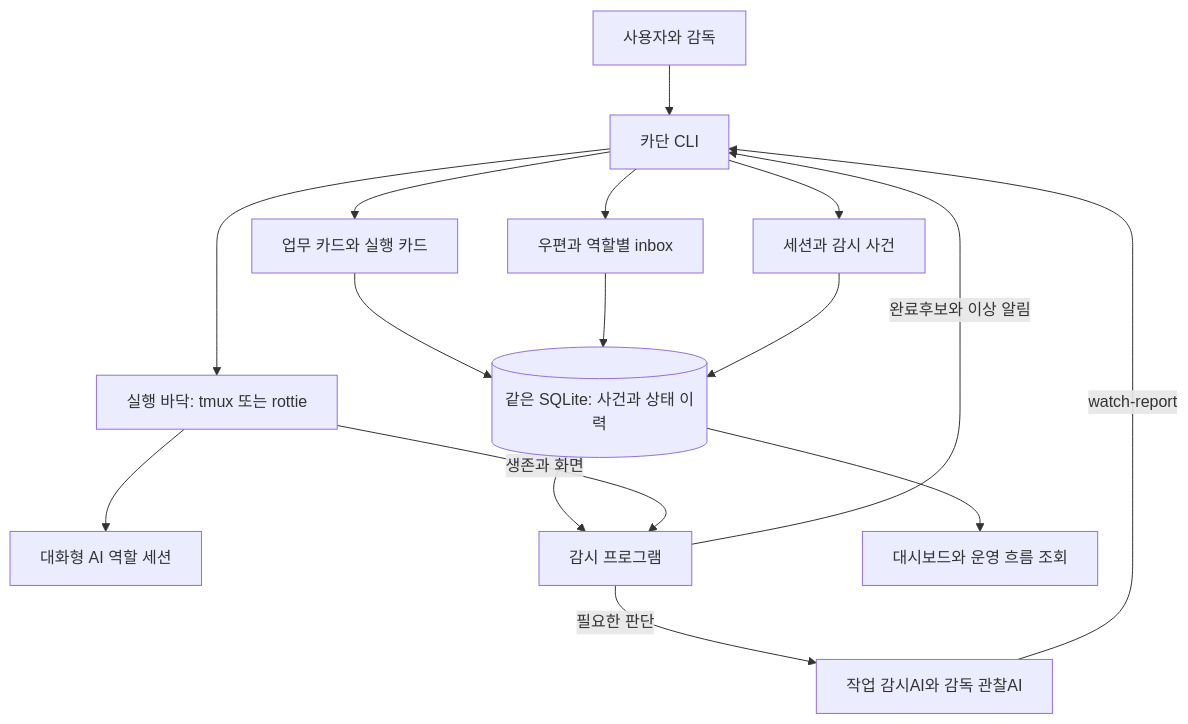
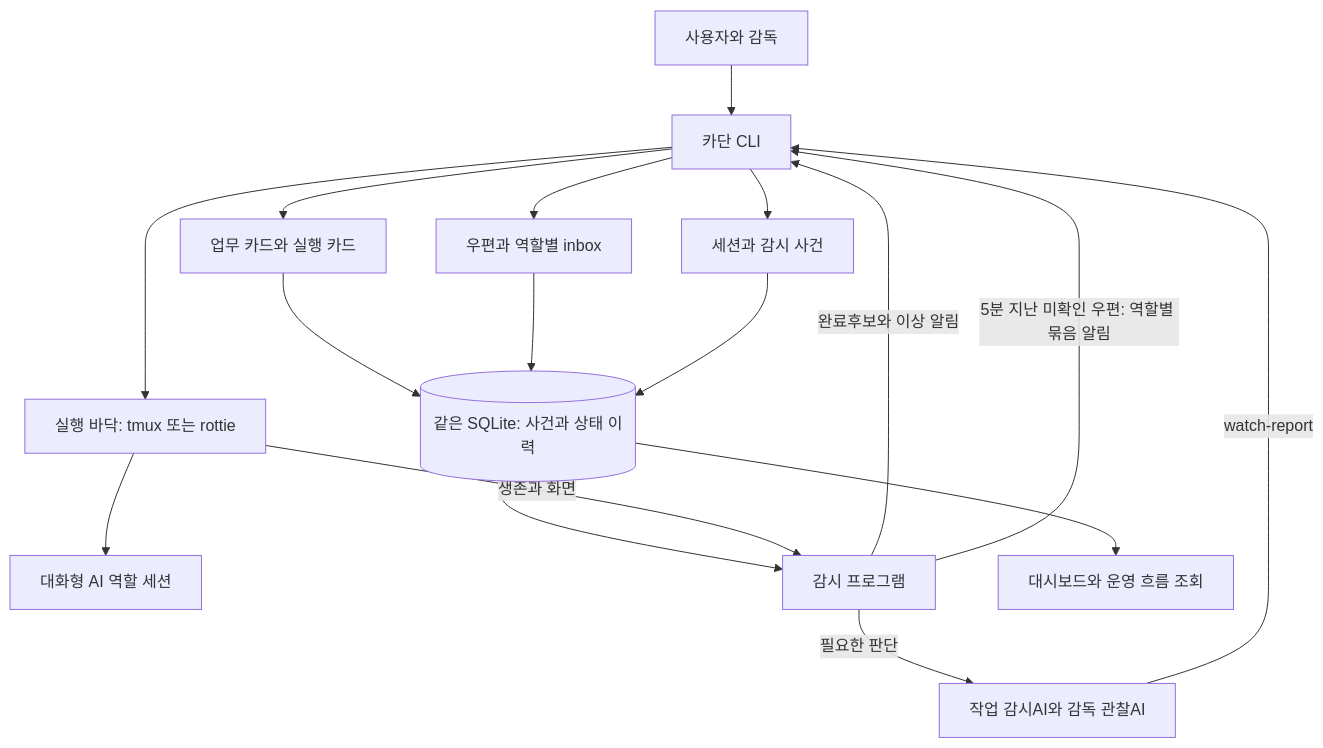
One commit to fwkyle/kadan changed the first of 2 diagrams in docs/architecture.md. Above: the diagram before and after it, drawn with Mermaid. The commit also changed other lines of this file and 37 other files, not shown here.

````diff
--- a/docs/architecture.md
+++ b/docs/architecture.md
@@ -13,18 +13,19 @@
 ```mermaid
 flowchart TB
   USER[사용자와 감독] --> CLI[카단 CLI]
   CLI --> WORK[업무 카드와 실행 카드]
   CLI --> MAIL[우편과 역할별 inbox]
   CLI --> FLOOR[실행 바닥: tmux 또는 rottie]
   FLOOR --> ROLE[대화형 AI 역할 세션]
   WORK --> STORE[(같은 SQLite: 사건과 상태 이력)]
   MAIL --> STORE
   CLI --> SYS[세션과 감시 사건]
   SYS --> STORE
   STORE --> WATCH[감시 프로그램]
   FLOOR -->|생존과 화면| WATCH
   WATCH -->|필요한 판단| AI[작업 감시AI와 감독 관찰AI]
   AI -->|watch-report| CLI
   WATCH -->|완료후보와 이상 알림| CLI
+  WATCH -->|5분 지난 미확인 우편: 역할별 묶음 알림| CLI
   STORE --> VIEW[대시보드와 운영 흐름 조회]
 ```
````
